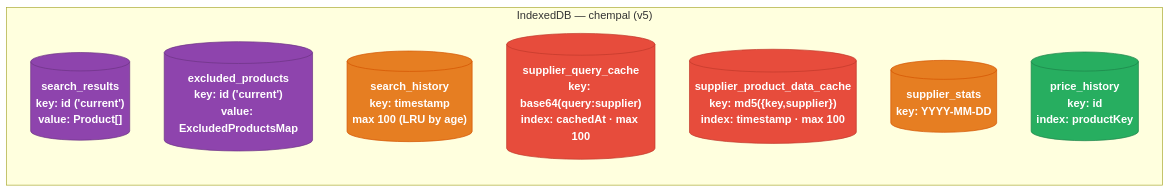
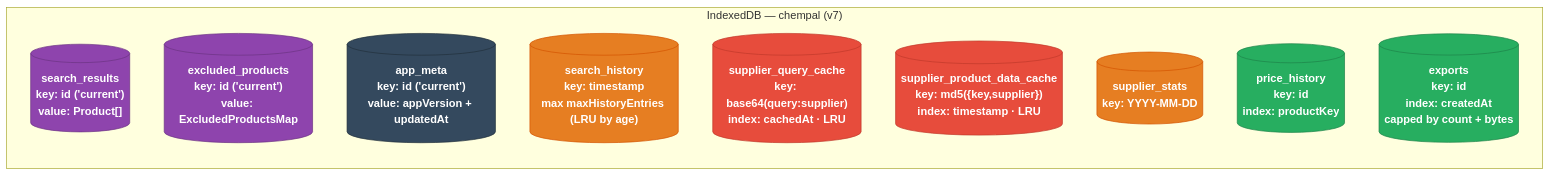
The diagram in pages/diagrams/indexeddb-stores.md (jhyland87/chem-pal), drawn with Mermaid before and after one commit. The commit also changed other lines of this file and 6 other files, not shown here.

````diff
--- a/pages/diagrams/indexeddb-stores.md
+++ b/pages/diagrams/indexeddb-stores.md
@@ -17,24 +18,28 @@
 ```mermaid
 flowchart LR
 linkStyle default stroke-width:4px;
 classDef idb fill:#E67E22,stroke:#D35400,color:#fff,font-weight:bold
 classDef single fill:#8E44AD,stroke:#6C3483,color:#fff,font-weight:bold
 classDef lru fill:#E74C3C,stroke:#C0392B,color:#fff,font-weight:bold
 classDef user fill:#27AE60,stroke:#1E8449,color:#fff,font-weight:bold
+classDef meta fill:#34495E,stroke:#22303D,color:#fff,font-weight:bold
 
-subgraph DB["IndexedDB — chempal (v5)"]
+subgraph DB["IndexedDB — chempal (v7)"]
 direction TB
 SR[("search_results\nkey: id ('current')\nvalue: Product[]")]
 EX[("excluded_products\nkey: id ('current')\nvalue: ExcludedProductsMap")]
-SH[("search_history\nkey: timestamp\nmax 100 (LRU by age)")]
-QC[("supplier_query_cache\nkey: base64(query:supplier)\nindex: cachedAt · max 100")]
-PC[("supplier_product_data_cache\nkey: md5({key,supplier})\nindex: timestamp · max 100")]
+AM[("app_meta\nkey: id ('current')\nvalue: appVersion + updatedAt")]
+SH[("search_history\nkey: timestamp\nmax maxHistoryEntries (LRU by age)")]
+QC[("supplier_query_cache\nkey: base64(query:supplier)\nindex: cachedAt · LRU")]
+PC[("supplier_product_data_cache\nkey: md5({key,supplier})\nindex: timestamp · LRU")]
 SS[("supplier_stats\nkey: YYYY-MM-DD")]
 PH[("price_history\nkey: id\nindex: productKey")]
+XP[("exports\nkey: id\nindex: createdAt\ncapped by count + bytes")]
 end
 
 class SR,EX single
 class SH,SS idb
 class QC,PC lru
-class PH user
+class PH,XP user
+class AM meta
 ```
````
